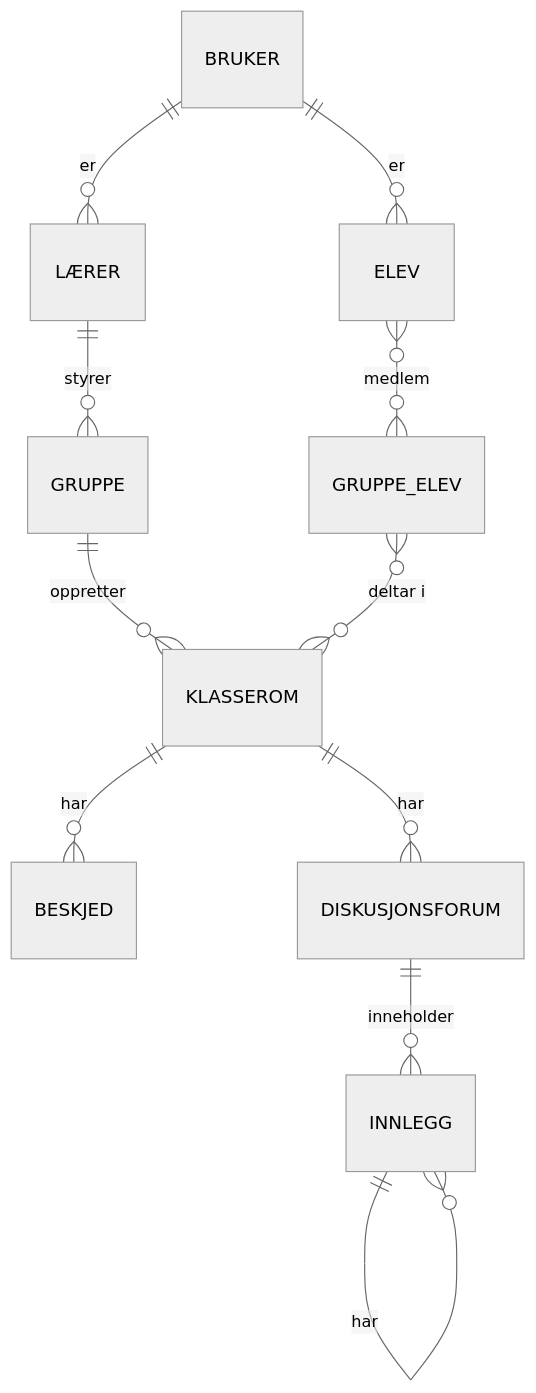
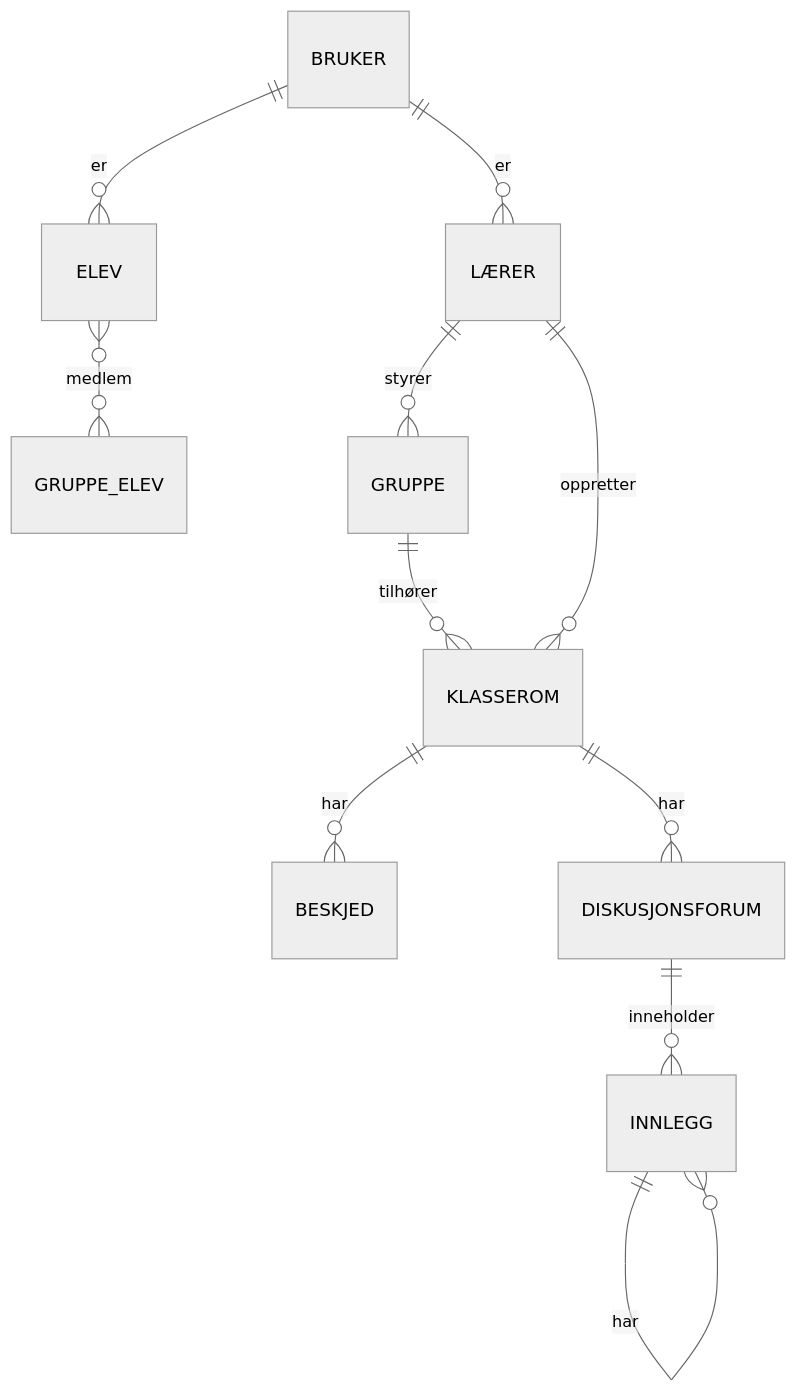
Before and after one commit to programmerBredC/data1500-oving-04: the first of 2 diagrams in OPPGAVE.md, drawn with Mermaid (neutral theme). The commit also changed other lines of this file, not shown here.

````diff
--- a/OPPGAVE.md
+++ b/OPPGAVE.md
@@ -30,13 +30,13 @@
 ```mermaid
 erDiagram
     BRUKER ||--o{ LÆRER : er
     BRUKER ||--o{ ELEV : er
     ELEV }o--o{ GRUPPE_ELEV : medlem
+    GRUPPE ||--o{ KLASSEROM : tilhører
+    LÆRER ||--o{ KLASSEROM : "oppretter"
     LÆRER ||--O{ GRUPPE : styrer
-    GRUPPE ||--o{ KLASSEROM : "oppretter"
-    GRUPPE_ELEV }o--o{ KLASSEROM : "deltar i"
-    KLASSEROM ||--o{ BESKJED : "har"
-    KLASSEROM ||--o{ DISKUSJONSFORUM : "har"
-    DISKUSJONSFORUM ||--o{ INNLEGG : "inneholder"
-    INNLEGG ||--o{ INNLEGG : "har"
+    KLASSEROM ||--o{ BESKJED : har
+    KLASSEROM ||--o{ DISKUSJONSFORUM : har
+    DISKUSJONSFORUM ||--o{ INNLEGG : inneholder
+    INNLEGG ||--o{ INNLEGG : har
 ``` 
````
